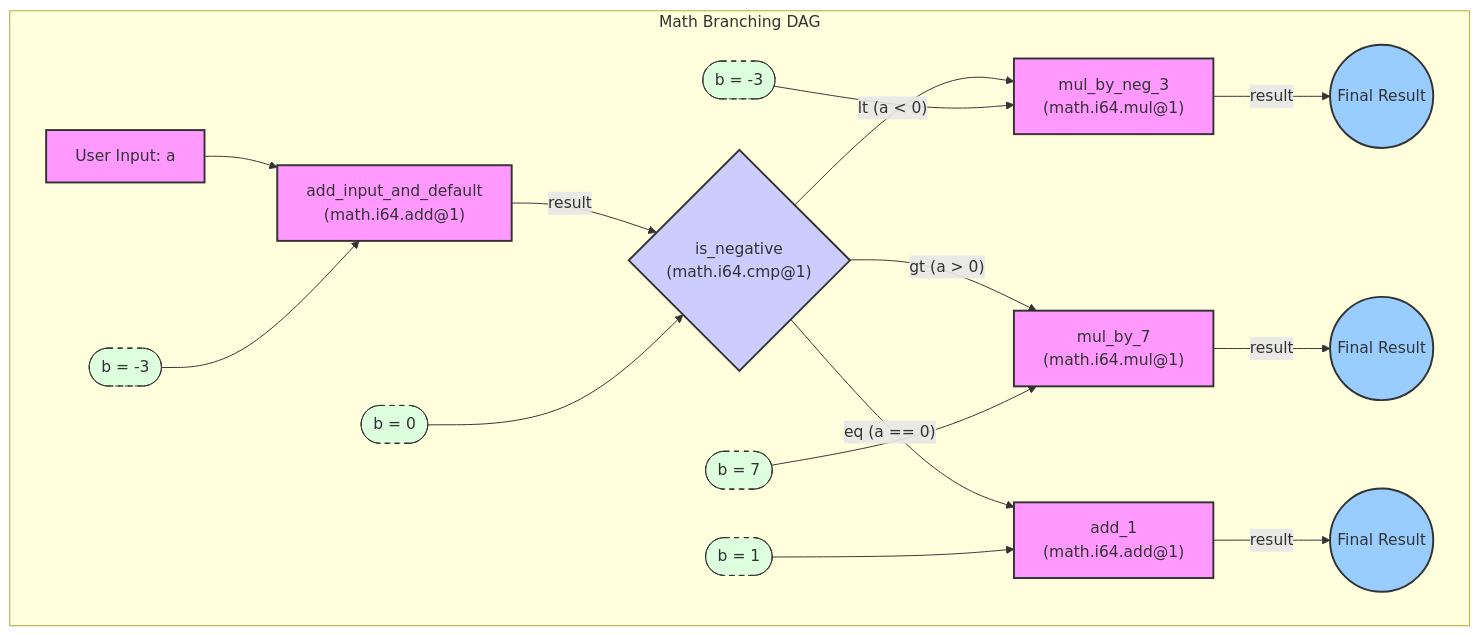
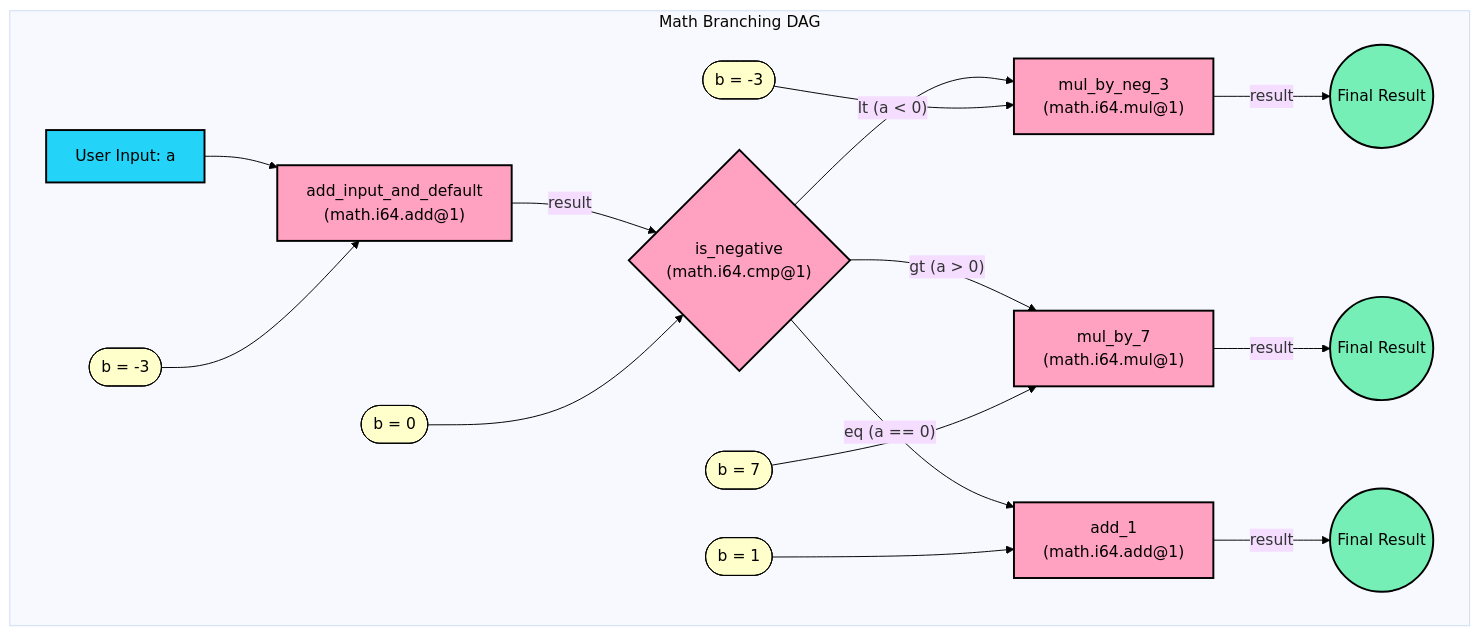
One commit to Talus-Network/nexus-sdk changed the diagram in docs/guides/math-branching-quickstart.md. Above: the diagram before and after it, drawn with Mermaid. The commit also changed 3 other files, not shown here.

Commit message:
update styling of mermaid diagrams

````diff
--- a/docs/guides/math-branching-quickstart.md
+++ b/docs/guides/math-branching-quickstart.md
@@ -18,32 +18,33 @@
 ```mermaid
+%%{init: {'theme': 'base', 'themeVariables': { 'background': '#FFFFFF' }}}%%
 graph TD
     subgraph "Math Branching DAG"
         Input[User Input: a] --> A["add_input_and_default<br>(math.i64.add@1)"];
         Def1([b = -3]) --> A;
         A -- "result" --> B{"is_negative<br>(math.i64.cmp@1)"};
         Def2([b = 0]) --> B;
         
         B -- "lt (a < 0)" --> C["mul_by_neg_3<br>(math.i64.mul@1)"];
         Def3([b = -3]) --> C;
         
         B -- "gt (a > 0)" --> D["mul_by_7<br>(math.i64.mul@1)"];
         Def4([b = 7]) --> D;
         
         B -- "eq (a == 0)" --> E["add_1<br>(math.i64.add@1)"];
         Def5([b = 1]) --> E;
         
         C -- "result" --> Result1((Final Result));
         D -- "result" --> Result2((Final Result));
         E -- "result" --> Result3((Final Result));
     end
 
-    classDef default fill:#f9f,stroke:#333,stroke-width:2px;
-    classDef compare fill:#ccf,stroke:#333,stroke-width:2px;
-    classDef output fill:#9cf,stroke:#333,stroke-width:2px;
-    classDef constant fill:#dfd,stroke:#333,stroke-width:1px,stroke-dasharray: 5 5;
+    classDef tool fill:#FFA1C1,stroke:#000000,stroke-width:2px,color:#000000;
+    classDef input fill:#23D3F8,stroke:#000000,stroke-width:2px,color:#000000;
+    classDef output fill:#76EFB6,stroke:#000000,stroke-width:2px,color:#000000;
+    classDef default fill:#FFFFCB,stroke:#000000,stroke-width:1px,color:#000000;
     
-    class A,C,D,E default;
-    class B compare;
+    class A,C,D,E,B tool;
     class Result1,Result2,Result3 output;
-    class Def1,Def2,Def3,Def4,Def5 constant;
+    class Input input;
+    class Def1,Def2,Def3,Def4,Def5 default;
 ```
````
